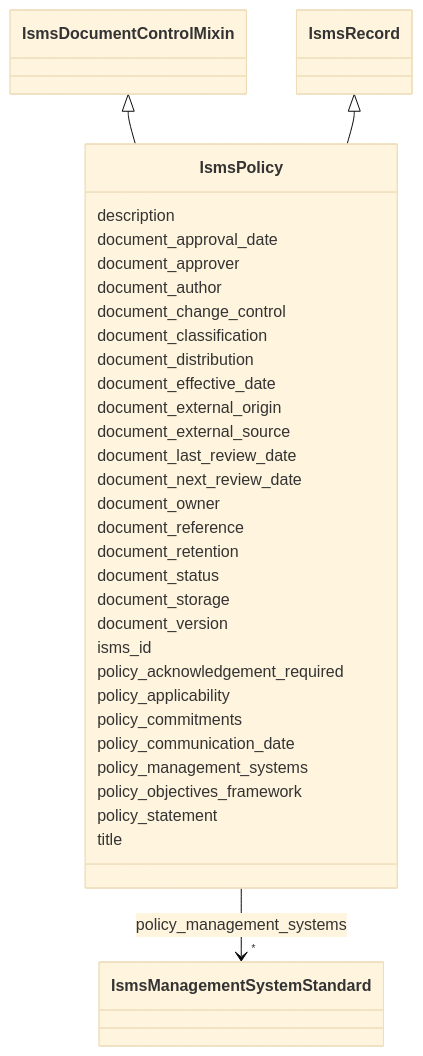
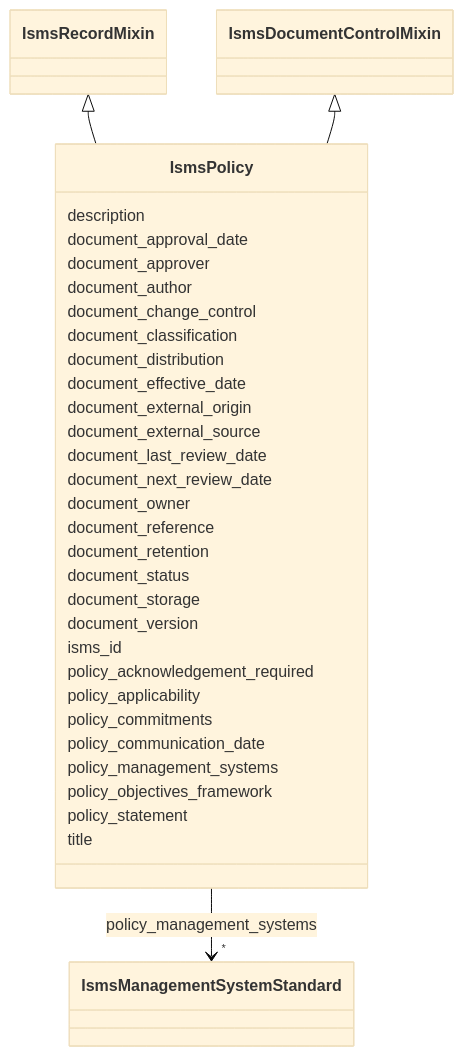
Before and after one commit to lmodel/iso27001: the diagram in project/mermaid/IsmsPolicy.md, drawn with Mermaid (base theme). The commit also changed 171 other files, not shown here.

Commit message:
refactor(schema): make the record base a mixin so adapt can root records

````diff
--- a/project/mermaid/IsmsPolicy.md
+++ b/project/mermaid/IsmsPolicy.md
@@ -4,74 +4,74 @@
 ```mermaid
  classDiagram
     class IsmsPolicy
     click IsmsPolicy href "../IsmsPolicy"
+      IsmsRecordMixin <|-- IsmsPolicy
+        click IsmsRecordMixin href "../IsmsRecordMixin"
       IsmsDocumentControlMixin <|-- IsmsPolicy
         click IsmsDocumentControlMixin href "../IsmsDocumentControlMixin"
-      IsmsRecord <|-- IsmsPolicy
-        click IsmsRecord href "../IsmsRecord"
       
       IsmsPolicy : description
         
       IsmsPolicy : document_approval_date
         
       IsmsPolicy : document_approver
         
       IsmsPolicy : document_author
         
       IsmsPolicy : document_change_control
         
       IsmsPolicy : document_classification
         
       IsmsPolicy : document_distribution
         
       IsmsPolicy : document_effective_date
         
       IsmsPolicy : document_external_origin
         
       IsmsPolicy : document_external_source
         
       IsmsPolicy : document_last_review_date
         
       IsmsPolicy : document_next_review_date
         
       IsmsPolicy : document_owner
         
       IsmsPolicy : document_reference
         
       IsmsPolicy : document_retention
         
       IsmsPolicy : document_status
         
       IsmsPolicy : document_storage
         
       IsmsPolicy : document_version
         
       IsmsPolicy : isms_id
         
       IsmsPolicy : policy_acknowledgement_required
         
       IsmsPolicy : policy_applicability
         
       IsmsPolicy : policy_commitments
         
       IsmsPolicy : policy_communication_date
         
       IsmsPolicy : policy_management_systems
         
           
     
         
         
         IsmsPolicy --> "*" IsmsManagementSystemStandard : policy_management_systems
         click IsmsManagementSystemStandard href "../IsmsManagementSystemStandard"
     
 
         
       IsmsPolicy : policy_objectives_framework
         
       IsmsPolicy : policy_statement
         
       IsmsPolicy : title
         
       
 ```
````
